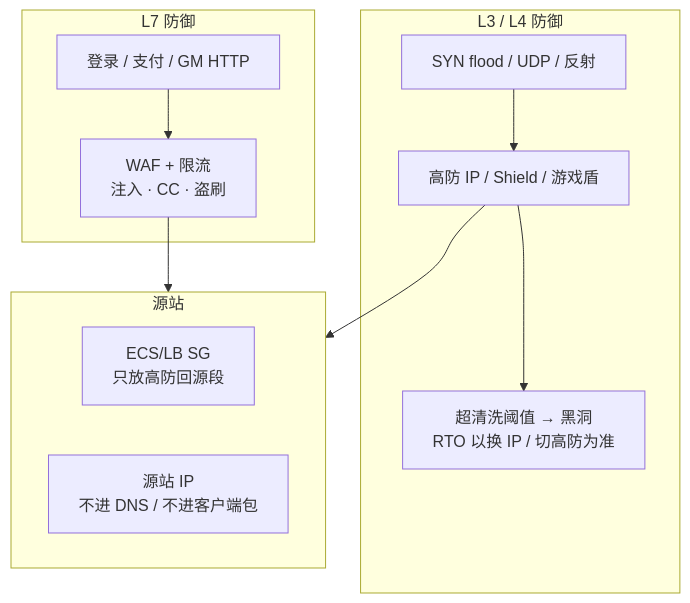
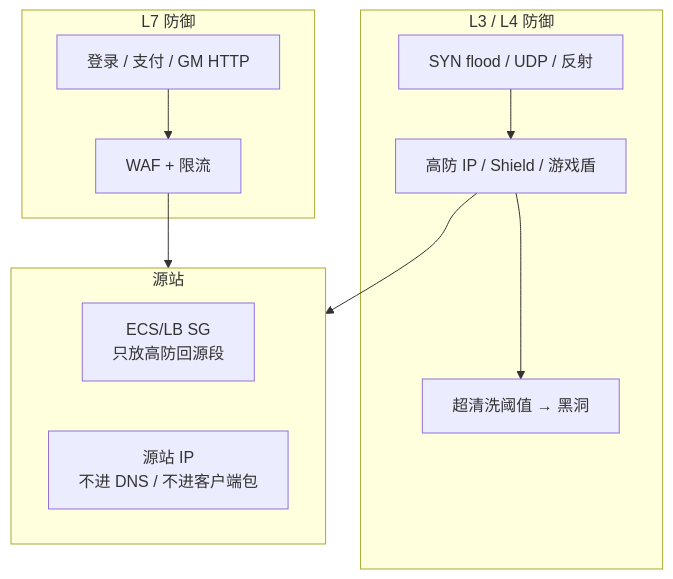
One commit to ml-cuizijun/LearnToLilith changed the tenth of 11 diagrams in 06-云平台/01-云网络与安全/知识点.md. Above: the diagram before and after it, drawn with Mermaid. The commit also changed other lines of this file and 178 other files, not shown here.

````diff
--- a/06-云平台/01-云网络与安全/知识点.md
+++ b/06-云平台/01-云网络与安全/知识点.md
@@ -376,16 +376,16 @@
 ```mermaid
 flowchart TB
     subgraph L4["L3 / L4 防御"]
         SYN["SYN flood / UDP / 反射"] --> SHIELD["高防 IP / Shield / 游戏盾"]
-        SHIELD --> HOLE["超清洗阈值 → 黑洞<br/>RTO 以换 IP / 切高防为准"]
+        SHIELD --> HOLE["超清洗阈值 → 黑洞"]
     end
     subgraph L7["L7 防御"]
-        HTTP["登录 / 支付 / GM HTTP"] --> WAF["WAF + 限流<br/>注入 · CC · 盗刷"]
+        HTTP["登录 / 支付 / GM HTTP"] --> WAF["WAF + 限流"]
     end
     subgraph ORIGIN["源站"]
         SG2["ECS/LB SG<br/>只放高防回源段"]
         HIDE["源站 IP<br/>不进 DNS / 不进客户端包"]
     end
     SHIELD --> ORIGIN
     WAF --> ORIGIN
 ```
````
